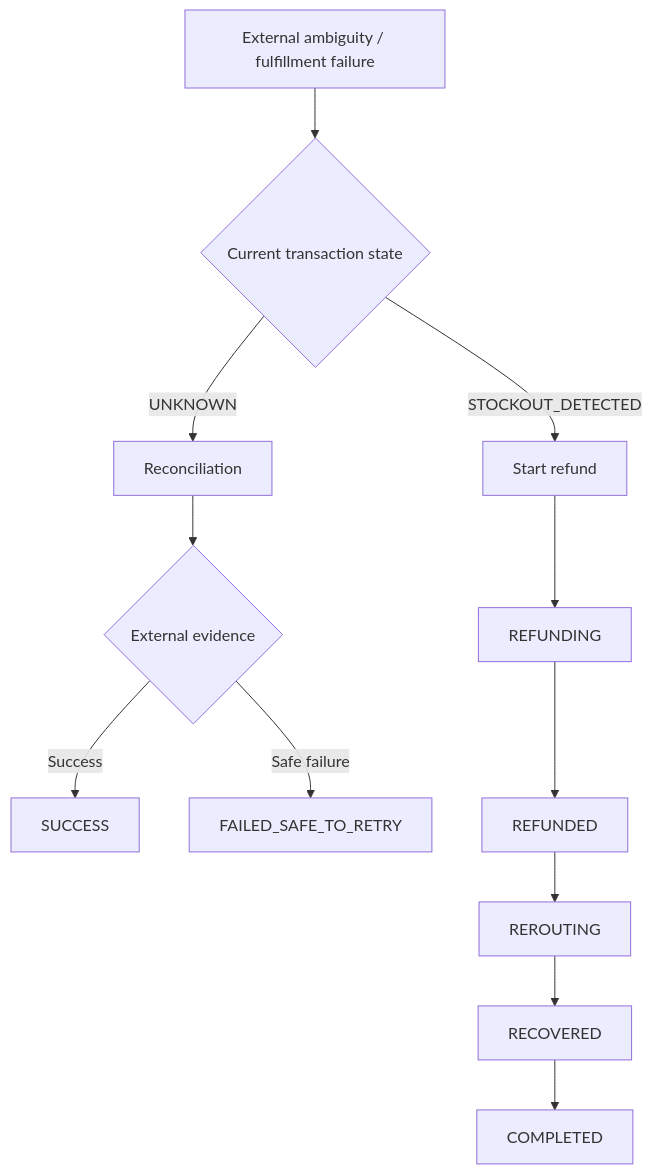
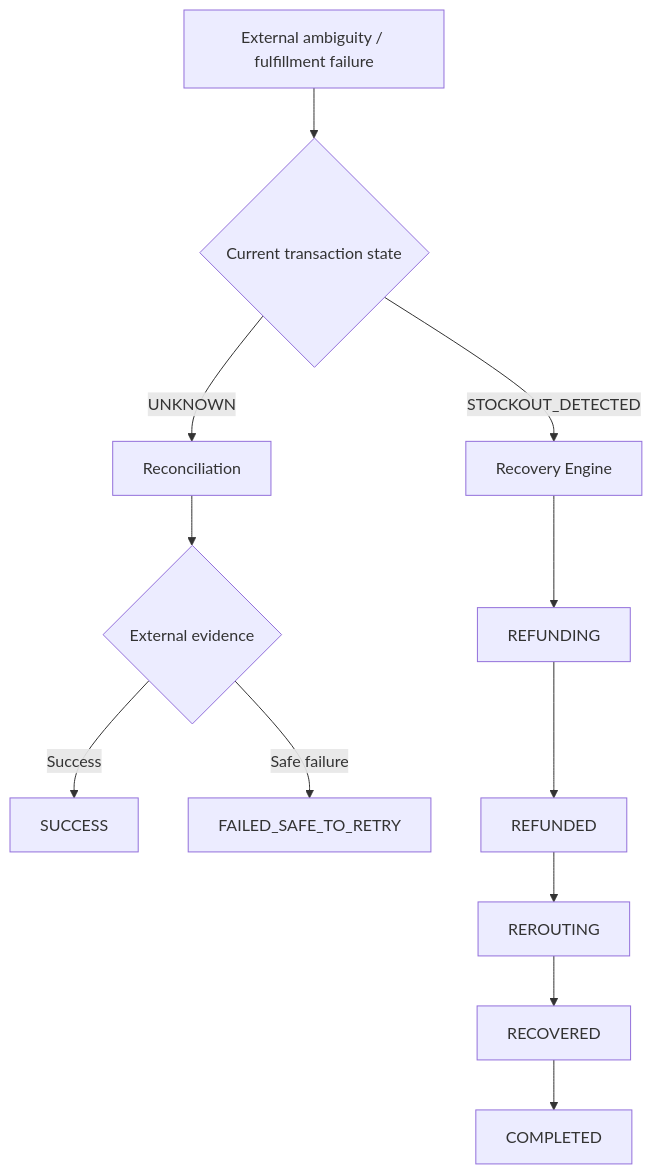
One commit to 31groot/agentshield changed the fifth of 5 diagrams in README.md. Above: the diagram before and after it, drawn with Mermaid. The commit also changed other lines of this file, not shown here.

````diff
--- a/README.md
+++ b/README.md
@@ -1162,15 +1166,15 @@
 ```mermaid
 flowchart TD
     A[External ambiguity / fulfillment failure] --> B{Current transaction state}
     B -->|UNKNOWN| C[Reconciliation]
     C --> D{External evidence}
     D -->|Success| E[SUCCESS]
     D -->|Safe failure| F[FAILED_SAFE_TO_RETRY]
 
-    B -->|STOCKOUT_DETECTED| G[Start refund]
+    B -->|STOCKOUT_DETECTED| G[Recovery Engine]
     G --> H[REFUNDING]
     H --> I[REFUNDED]
     I --> J[REROUTING]
     J --> K[RECOVERED]
     K --> L[COMPLETED]
 ```
````
